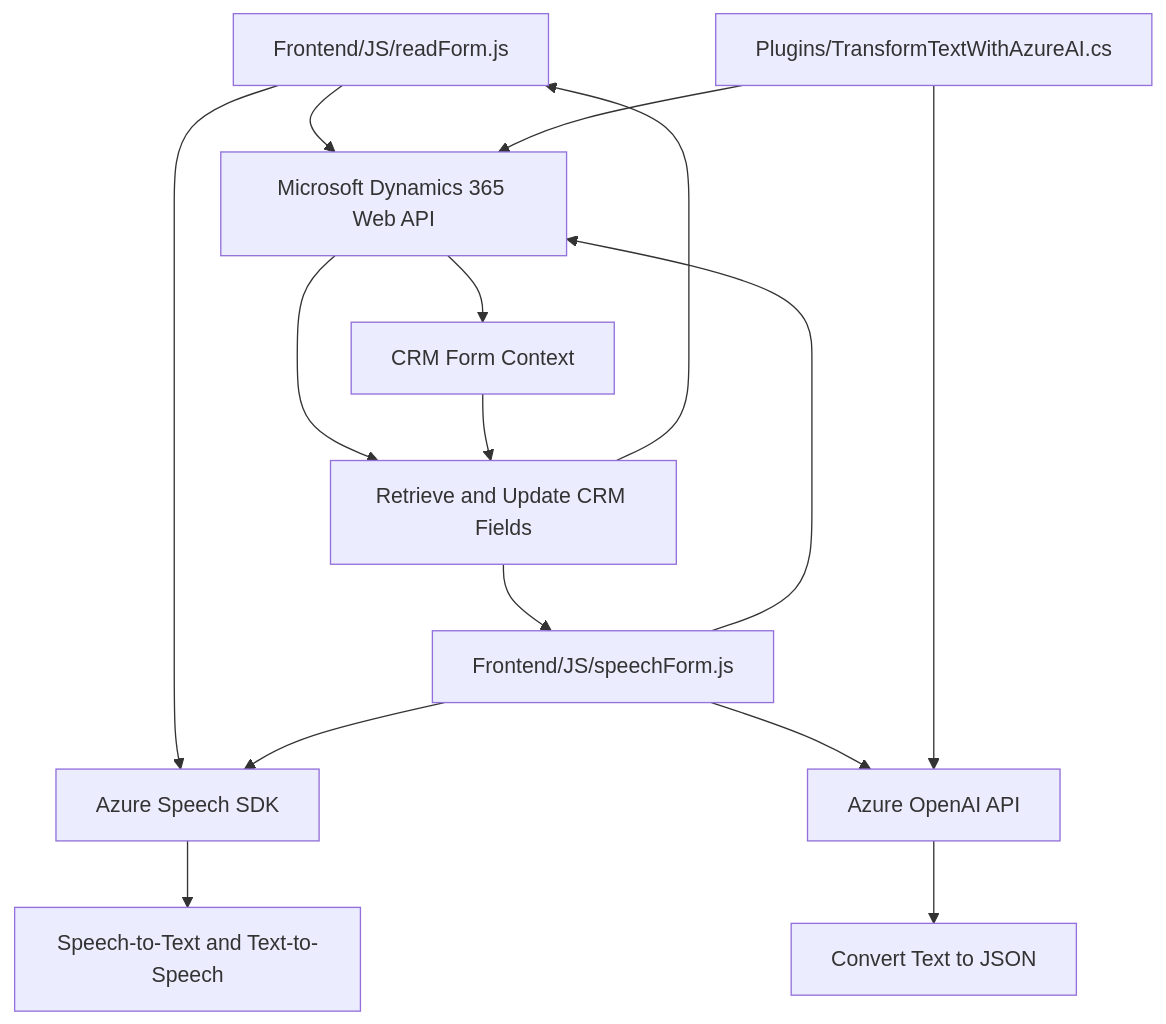
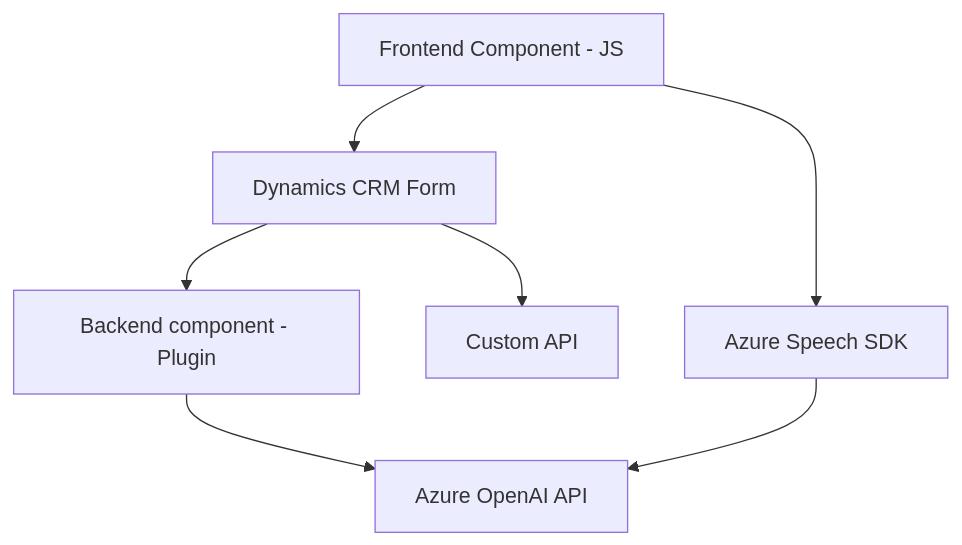
Before and after one commit to blopezdm/NETCORE_BILBAO2025: the diagram in README.md, drawn with Mermaid. The commit also changed other lines of this file, not shown here.

````diff
--- a/README.md
+++ b/README.md
@@ -45,21 +43,9 @@
 ```mermaid
 graph TD
-    A["Frontend/JS/readForm.js"] --> B["Azure Speech SDK"]
-    A --> C["Microsoft Dynamics 365 Web API"]
-    C --> D["CRM Form Context"]
-
-    E["Frontend/JS/speechForm.js"] --> B
-    E --> C
+    A["Frontend Component - JS"] --> B["Azure Speech SDK"]
+    A --> C["Dynamics CRM Form"]
+    C --> D["Custom API"]
+    C --> E["Backend component - Plugin"]
     E --> F["Azure OpenAI API"]
-
-    G["Plugins/TransformTextWithAzureAI.cs"] --> C
-    G --> F
-
-    B --> H["Speech-to-Text and Text-to-Speech"]
-    F --> I["Convert Text to JSON"]
-    
-    C --> J["Retrieve and Update CRM Fields"]
-    D --> J
-    J --> A
-    J --> E
+    B --> F
 ```
````
